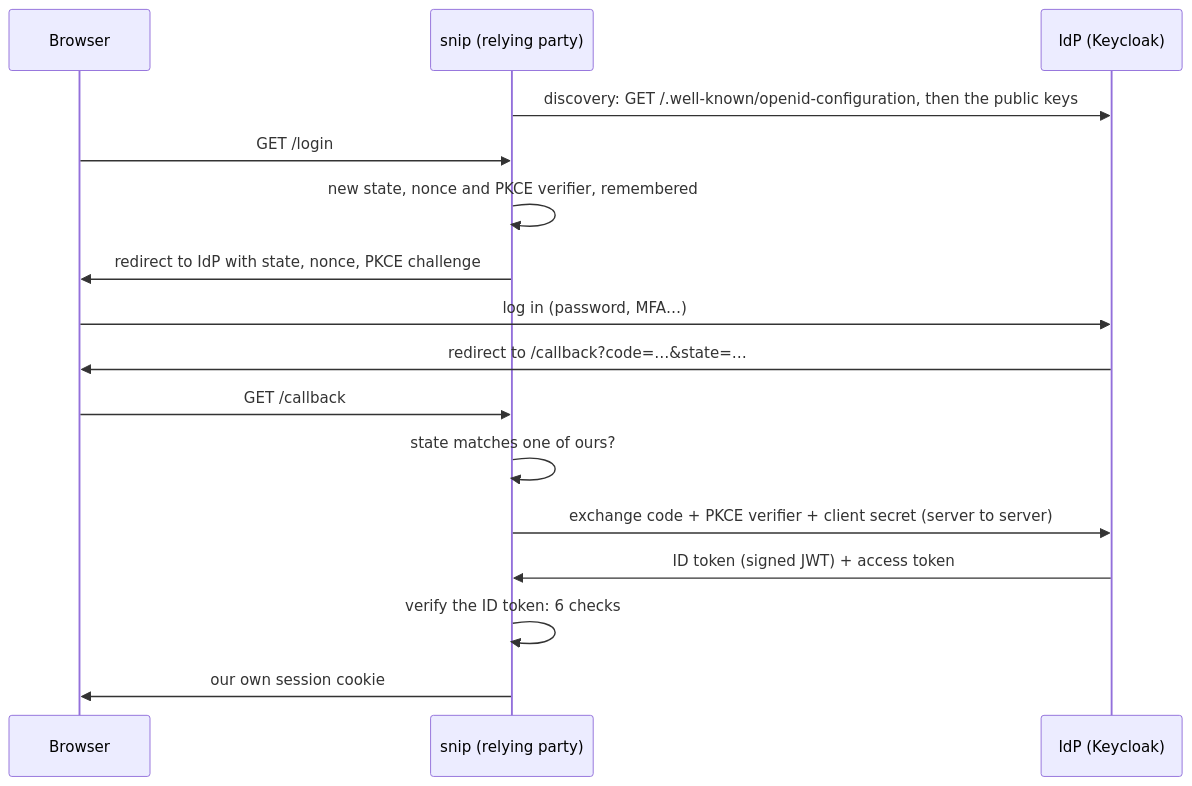
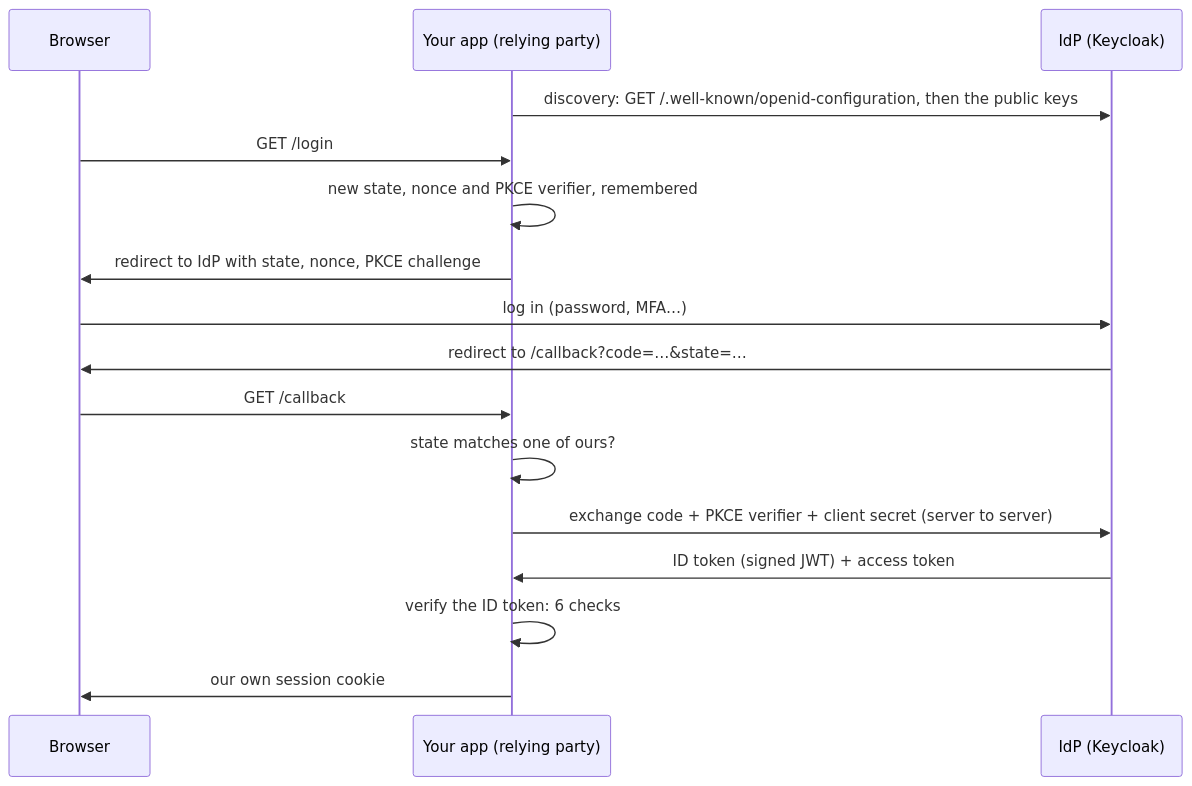
The second of 2 diagrams in docs/security/single-sign-on.mdx (jawwadzafar/zero-to-prod), drawn with Mermaid before and after one commit. The commit also changed other lines of this file, not shown here.

Commit message:
docs: 7.9 SSO hook and first diagrams use a generic application instead of an unexplained 'snip'; the relying-party demo is introduced as a standalone example

````diff
--- a/docs/security/single-sign-on.mdx
+++ b/docs/security/single-sign-on.mdx
@@ -62,18 +62,18 @@
 ```mermaid
 sequenceDiagram
     participant B as Browser
-    participant A as snip (relying party)
+    participant A as Your app (relying party)
     participant I as IdP (Keycloak)
     A->>I: discovery: GET /.well-known/openid-configuration, then the public keys
     B->>A: GET /login
     A->>A: new state, nonce and PKCE verifier, remembered
     A->>B: redirect to IdP with state, nonce, PKCE challenge
     B->>I: log in (password, MFA…)
     I->>B: redirect to /callback?code=…&state=…
     B->>A: GET /callback
     A->>A: state matches one of ours?
     A->>I: exchange code + PKCE verifier + client secret (server to server)
     I->>A: ID token (signed JWT) + access token
     A->>A: verify the ID token: 6 checks
     A->>B: our own session cookie
 ```
````
